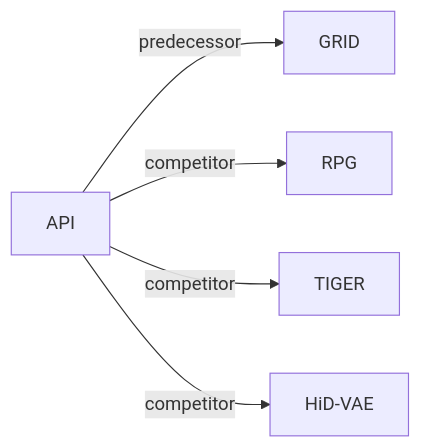
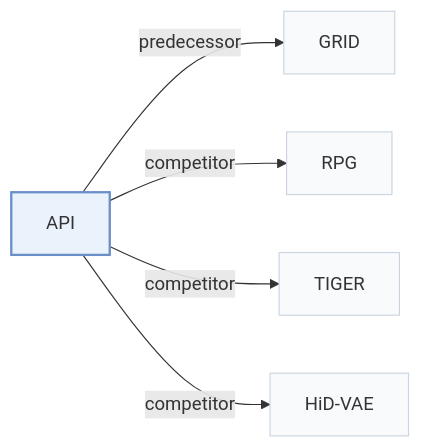
Before and after one commit to Galaxy-ghost/Awesome-SID-Generative-Rec: the second of 2 diagrams in pages/papers/api.md, drawn with Mermaid. The commit also changed other lines of this file and 649 other files, not shown here.

Commit message:
writer-05: also tags and modality index (schema, check, build, visuals); summary field removed; calibration data for 12 papers

````diff
--- a/pages/papers/api.md
+++ b/pages/papers/api.md
@@ -69,8 +74,12 @@
 ```mermaid
 flowchart LR
     P["API"]
-    P -->|predecessor| A["GRID"]
-    P -->|competitor| B["RPG"]
-    P -->|competitor| C["TIGER"]
-    P -->|competitor| D["HiD-VAE"]
+    P -->|"predecessor"| A["GRID"]
+    P -->|"competitor"| B["RPG"]
+    P -->|"competitor"| C["TIGER"]
+    P -->|"competitor"| D["HiD-VAE"]
+    classDef main fill:#eaf2fb,stroke:#6b8fc7,stroke-width:2px
+    classDef peer fill:#f8fafc,stroke:#cbd5e1
+    class P main
+    class A,B,C,D peer
 ```
````
